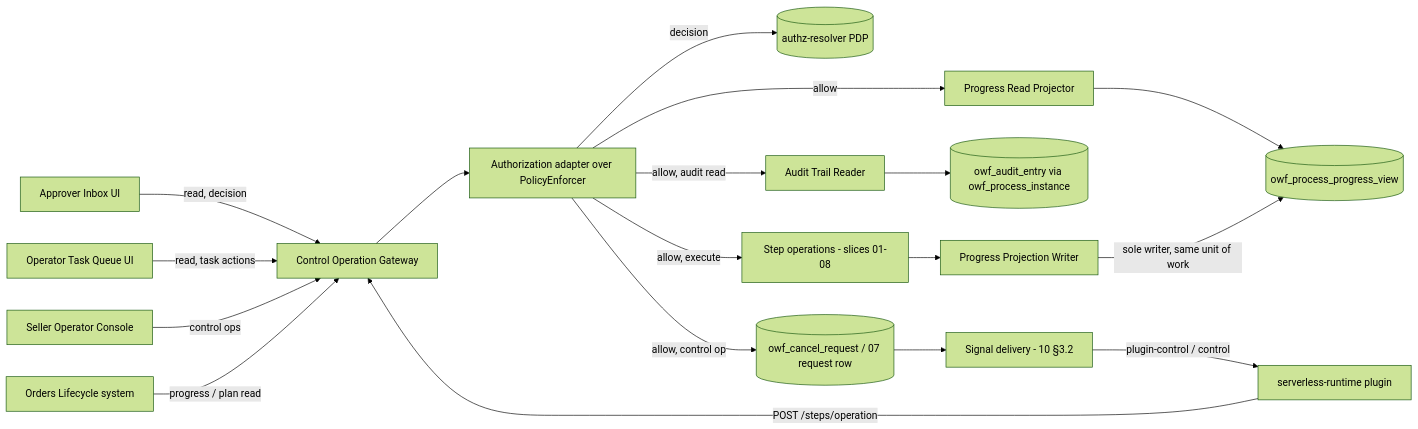
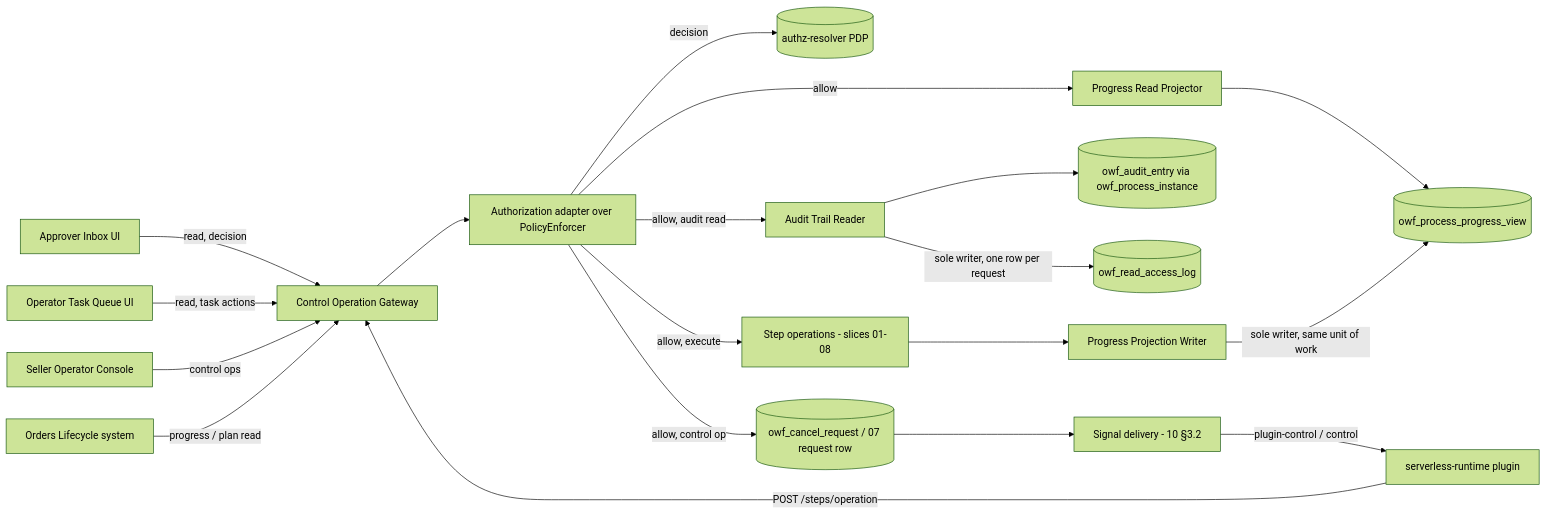
Before and after one commit to constructorfabric/gears-rust: the first of 5 diagrams in gears/bss/orders-workflow/docs/design/09-read-and-authz.md, drawn with Mermaid (forest theme). The commit also changed other lines of this file and 6 other files, not shown here.

````diff
--- a/gears/bss/orders-workflow/docs/design/09-read-and-authz.md
+++ b/gears/bss/orders-workflow/docs/design/09-read-and-authz.md
@@ -501,20 +501,21 @@
 ```mermaid
 graph LR
     A[Approver Inbox UI] -->|read, decision| G[Control Operation Gateway]
     B[Operator Task Queue UI] -->|read, task actions| G
     C[Seller Operator Console] -->|control ops| G
     D[Orders Lifecycle system] -->|progress / plan read| G
     R[serverless-runtime plugin] -->|POST /steps/operation| G
     G --> H[Authorization adapter over PolicyEnforcer]
     H -->|decision| P[(authz-resolver PDP)]
     H -->|allow| I[Progress Read Projector]
     H -->|allow, audit read| U[Audit Trail Reader]
     U --> V[(owf_audit_entry via owf_process_instance)]
+    U -->|sole writer, one row per request| AL[(owf_read_access_log)]
     H -->|allow, execute| J[Step operations - slices 01-08]
     H -->|allow, control op| Q[(owf_cancel_request / 07 request row)]
     Q --> S[Signal delivery - 10 §3.2]
     S -->|plugin-control / control| R
     I --> K[(owf_process_progress_view)]
     J --> W[Progress Projection Writer]
     W -->|sole writer, same unit of work| K
 ```
````
